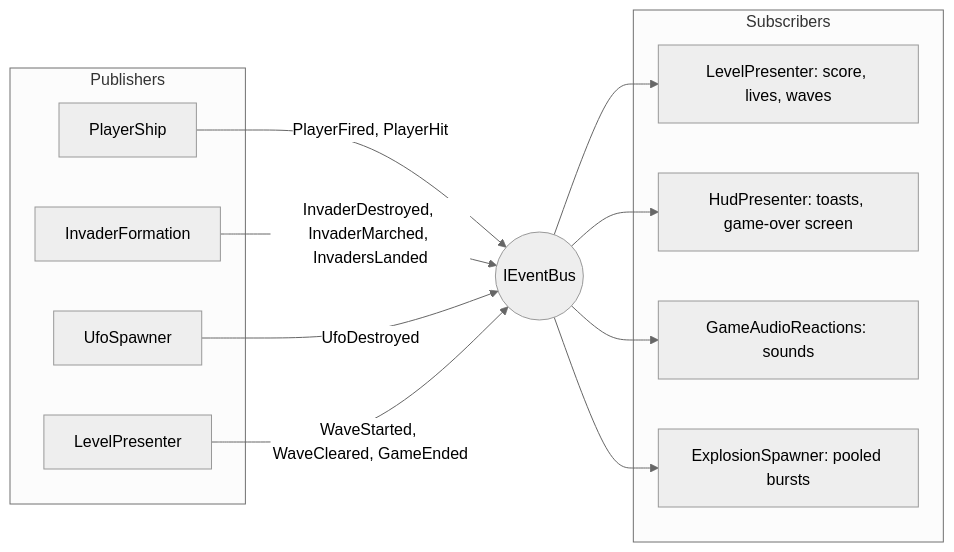
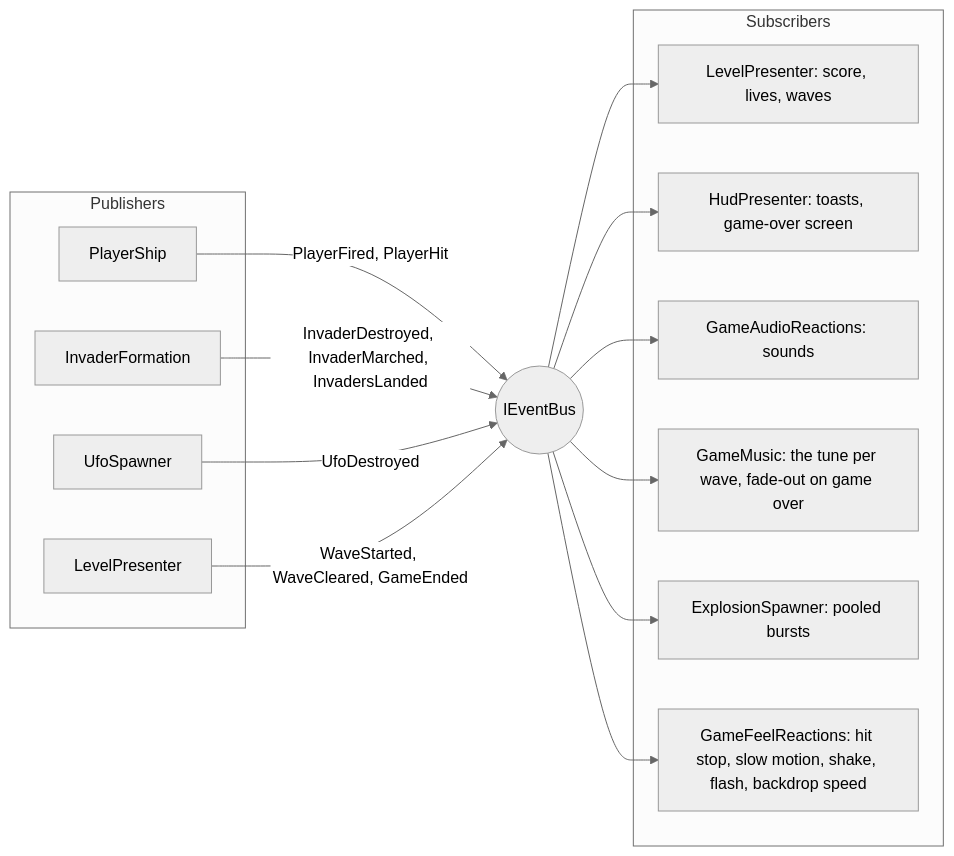
Before and after one commit to Uee03/Pretzel: the third of 7 diagrams in Examples/SpaceInvaders/Documentation/Architecture.md, drawn with Mermaid (neutral theme). The commit also changed other lines of this file and 889 other files, not shown here.

````diff
--- a/Examples/SpaceInvaders/Documentation/Architecture.md
+++ b/Examples/SpaceInvaders/Documentation/Architecture.md
@@ -96,28 +108,32 @@
 ```mermaid
 graph LR
     subgraph Publishers
         Player["PlayerShip"]
         Formation["InvaderFormation"]
         Ufo["UfoSpawner"]
         Level["LevelPresenter"]
     end
 
     Bus(("IEventBus"))
 
     subgraph Subscribers
         Rules["LevelPresenter: score, lives, waves"]
         Hud["HudPresenter: toasts, game-over screen"]
         Sound["GameAudioReactions: sounds"]
+        Music["GameMusic: the tune per wave, fade-out on game over"]
         Fx["ExplosionSpawner: pooled bursts"]
+        Feel["GameFeelReactions: hit stop, slow motion, shake, flash, backdrop speed"]
     end
 
     Player -->|PlayerFired, PlayerHit| Bus
     Formation -->|InvaderDestroyed, InvaderMarched, InvadersLanded| Bus
     Ufo -->|UfoDestroyed| Bus
     Level -->|WaveStarted, WaveCleared, GameEnded| Bus
 
     Bus --> Rules
     Bus --> Hud
     Bus --> Sound
+    Bus --> Music
     Bus --> Fx
+    Bus --> Feel
 ```
````
